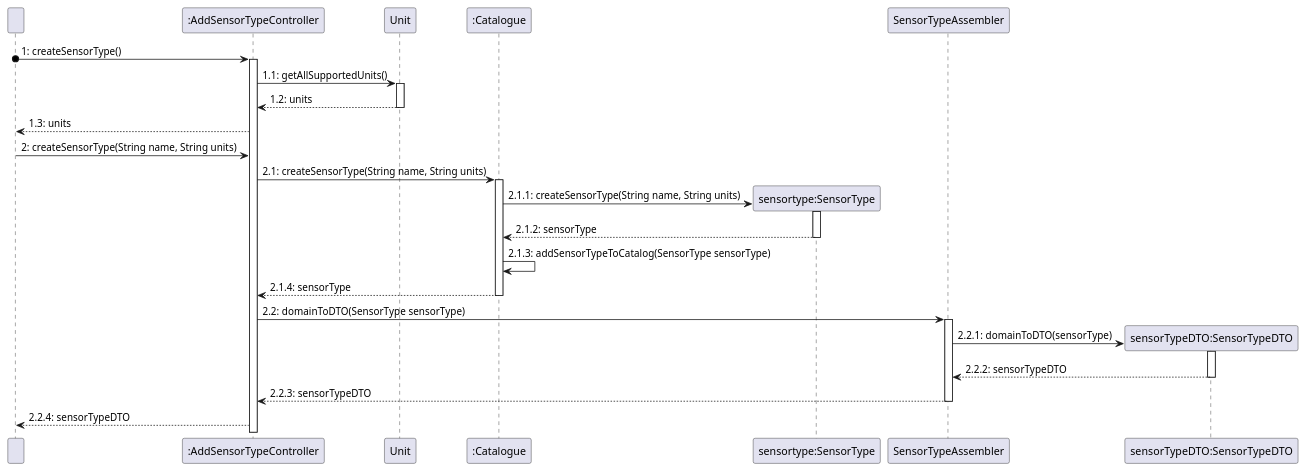
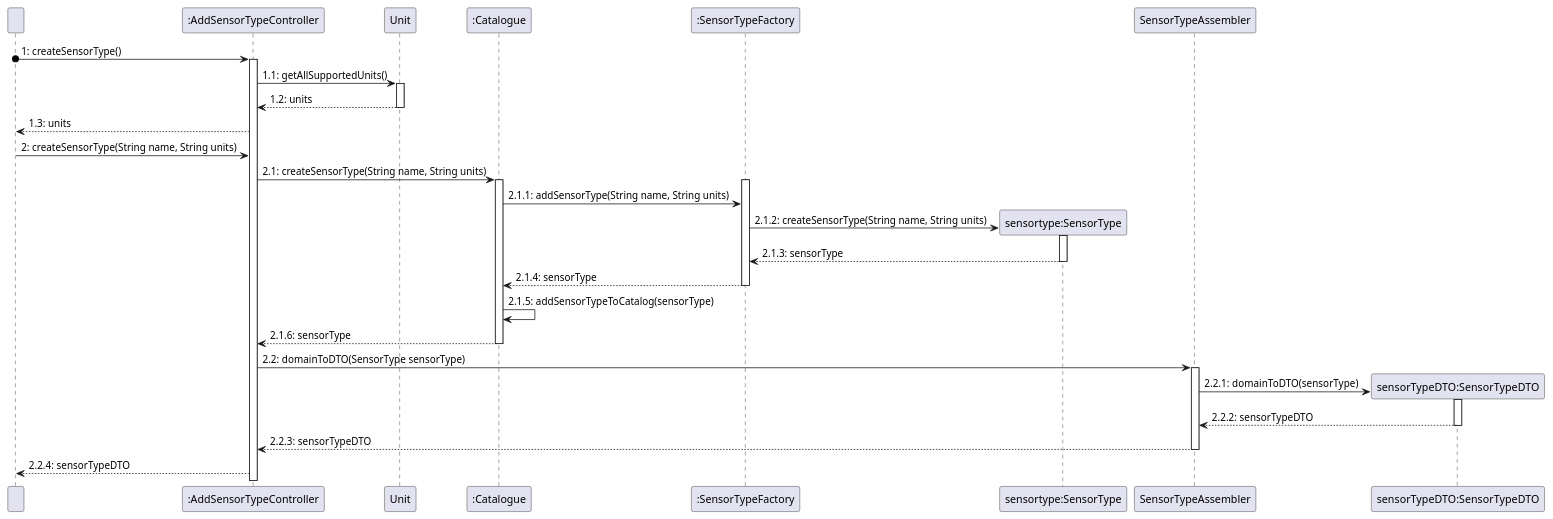
Before and after one commit to olivDiogo/SmartHome: the diagram in docs/ood/SequenceDiagram/US04AddSupportedSensorType.puml, drawn with PlantUML. The commit also changed 1 other file, not shown here.

Commit message:
Revised ood artifacts for US04 controller

```diff
--- a/docs/ood/SequenceDiagram/US04AddSupportedSensorType.puml
+++ b/docs/ood/SequenceDiagram/US04AddSupportedSensorType.puml
@@ -1,39 +1,44 @@
 @startuml
 participant "  " as User
 participant ":AddSensorTypeController" as Controller
 participant "Unit" as Unit
 participant ":Catalogue" as Catalogue
+participant ":SensorTypeFactory" as SensorTypeFactory
 participant "sensortype:SensorType" as SensorType
 participant "SensorTypeAssembler" as SensorTypeAssembler
 participant "sensorTypeDTO:SensorTypeDTO" as SensorTypeDTO
 
 User o-> Controller: 1: createSensorType()
 activate Controller
 Controller -> Unit: 1.1: getAllSupportedUnits()
 activate Unit
 Unit --> Controller: 1.2: units
 deactivate Unit
 Controller --> User: 1.3: units
 User -> Controller: 2: createSensorType(String name, String units)
 Controller -> Catalogue: 2.1: createSensorType(String name, String units)
 activate Catalogue
+activate SensorTypeFactory
+Catalogue -> SensorTypeFactory: 2.1.1: addSensorType(String name, String units)
 create SensorType
-Catalogue -> SensorType: 2.1.1: createSensorType(String name, String units)
+SensorTypeFactory -> SensorType: 2.1.2: createSensorType(String name, String units)
 activate SensorType
-SensorType --> Catalogue: 2.1.2: sensorType
+SensorType --> SensorTypeFactory: 2.1.3: sensorType
 deactivate SensorType
-Catalogue -> Catalogue: 2.1.3: addSensorTypeToCatalog(SensorType sensorType)
-Catalogue --> Controller: 2.1.4: sensorType
+SensorTypeFactory --> Catalogue: 2.1.4: sensorType
+deactivate SensorTypeFactory
+Catalogue -> Catalogue: 2.1.5: addSensorTypeToCatalog(sensorType)
+Catalogue --> Controller: 2.1.6: sensorType
 deactivate Catalogue
 Controller -> SensorTypeAssembler: 2.2: domainToDTO(SensorType sensorType)
 activate SensorTypeAssembler
 create SensorTypeDTO
 SensorTypeAssembler -> SensorTypeDTO: 2.2.1: domainToDTO(sensorType)
 activate SensorTypeDTO
 SensorTypeDTO --> SensorTypeAssembler: 2.2.2: sensorTypeDTO
 deactivate SensorTypeDTO
 SensorTypeAssembler --> Controller: 2.2.3: sensorTypeDTO
 deactivate SensorTypeAssembler
 Controller --> User: 2.2.4: sensorTypeDTO
 
 @enduml
```
